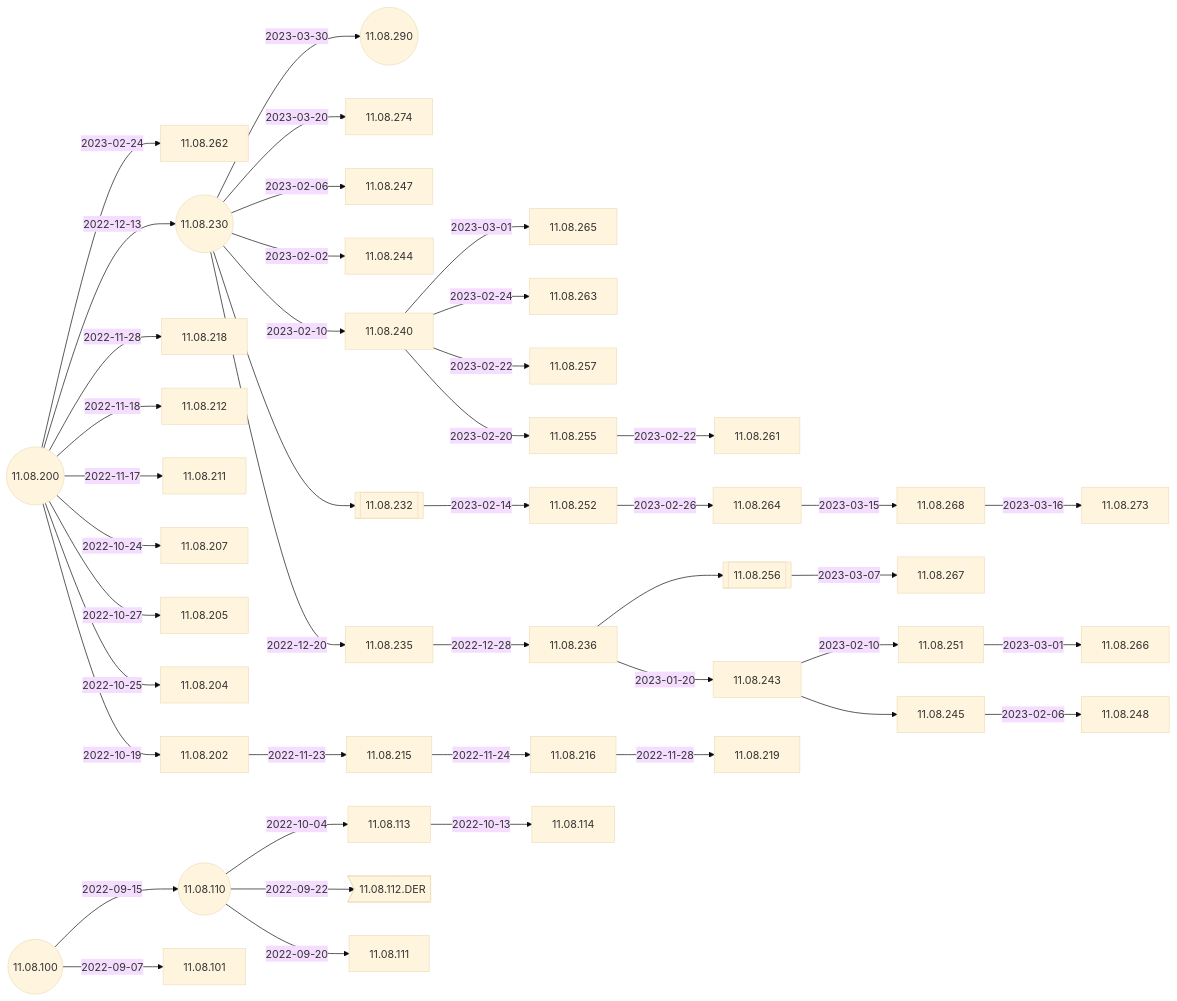
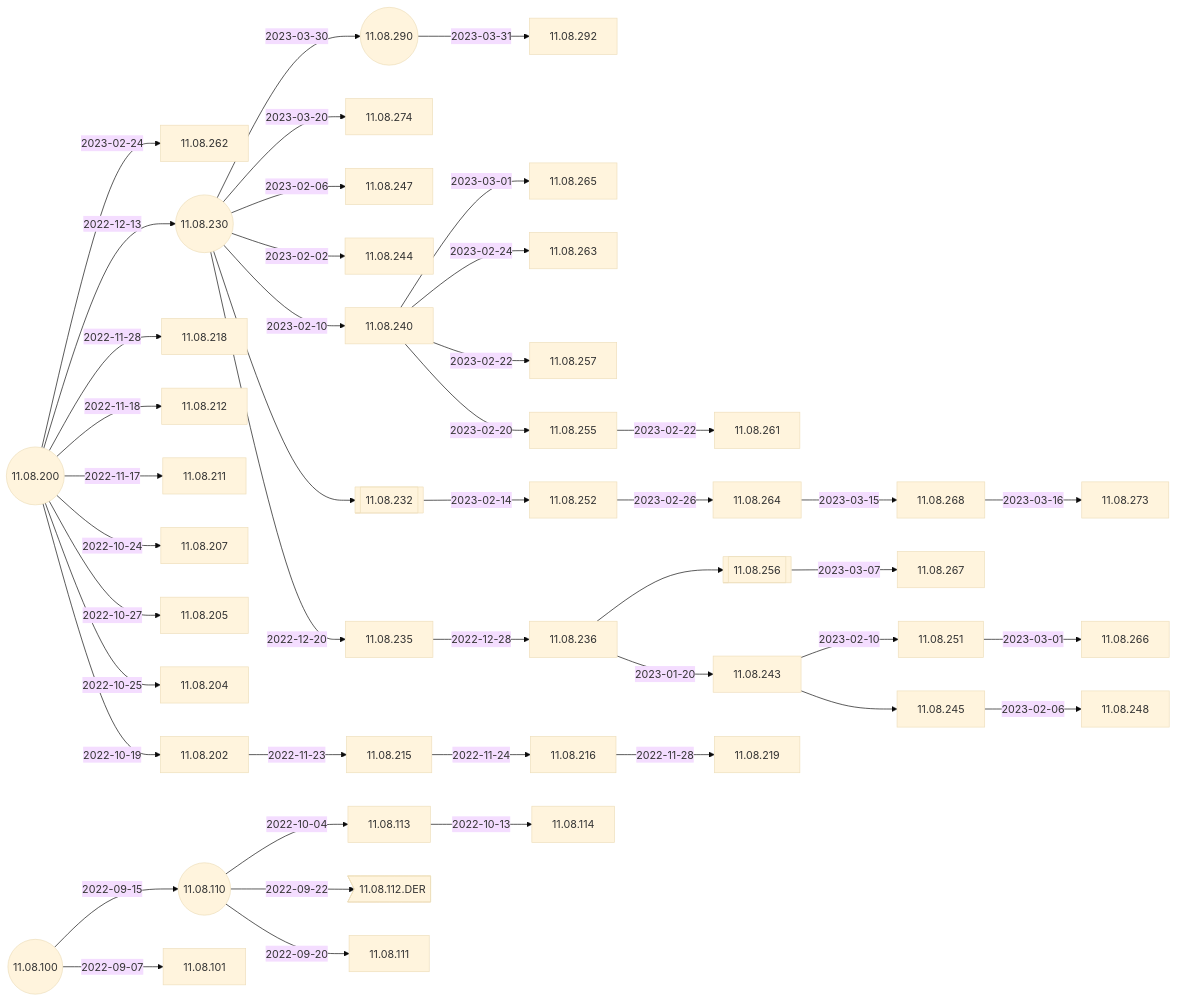
The second of 4 diagrams in docs/Docs/ReleaseNotes/01-OS11/README.md (IGEL-Community/IGEL-Docs-v02), drawn with Mermaid (base theme) before and after one commit. The commit also changed 2 other files, not shown here.

Commit message:
11.08.292 <- 11.08.290

````diff
--- a/docs/Docs/ReleaseNotes/01-OS11/README.md
+++ b/docs/Docs/ReleaseNotes/01-OS11/README.md
@@ -39,63 +39,65 @@
 ```mermaid
 flowchart LR
+    11.08.290-- 2023-03-31 -->11.08.292
     11.08.230-- 2023-03-30 -->11.08.290((11.08.290))
     11.08.230-- 2023-03-20 -->11.08.274
     11.08.236-->11.08.256[[11.08.256]]-- 2023-03-07 -->11.08.267
     11.08.240-- 2023-03-01 -->11.08.265 
     11.08.252-- 2023-02-26 -->11.08.264-- 2023-03-15 -->11.08.268-- 2023-03-16 -->11.08.273
     11.08.200-- 2023-02-24 -->11.08.262
     11.08.243-- 2023-02-10 -->11.08.251-- 2023-03-01 -->11.08.266
     11.08.230-- 2023-02-06 -->11.08.247
     11.08.230-- 2023-02-02 -->11.08.244
     11.08.240-- 2023-02-24 -->11.08.263
     11.08.240-- 2023-02-22 -->11.08.257
     11.08.240-- 2023-02-20 -->11.08.255-- 2023-02-22 -->11.08.261
     11.08.230-- 2023-02-10 -->11.08.240
     11.08.230((11.08.230))-->11.08.232[[11.08.232]]-- 2023-02-14 -->11.08.252
     11.08.200-- 2022-12-13 -->11.08.230-- 2022-12-20 -->11.08.235-- 2022-12-28 -->11.08.236-- 2023-01-20 -->11.08.243-->11.08.245-- 2023-02-06 -->11.08.248
     11.08.200-- 2022-11-28 -->11.08.218
     11.08.200-- 2022-11-18 -->11.08.212
     11.08.200-- 2022-11-17 -->11.08.211
     11.08.200-- 2022-10-24 -->11.08.207
     11.08.200-- 2022-10-27 -->11.08.205
     11.08.200-- 2022-10-25 -->11.08.204
     11.08.200((11.08.200))-- 2022-10-19 -->11.08.202-- 2022-11-23 -->11.08.215-- 2022-11-24 -->11.08.216-- 2022-11-28 -->11.08.219
     11.08.110-- 2022-10-04 -->11.08.113-- 2022-10-13 -->11.08.114
     11.08.110((11.08.110))-- 2022-09-22 -->11.08.112.DER>11.08.112.DER]
     11.08.100-- 2022-09-15 -->11.08.110-- 2022-09-20 -->11.08.111
     11.08.100((11.08.100))-- 2022-09-07 -->11.08.101
+    click 11.08.292 "https://github.com/IGEL-Community/IGEL-Docs-v02/tree/main/docs/Docs/ReleaseNotes/01-OS11/readme11.08.292.txt" _blank
     click 11.08.290 "https://github.com/IGEL-Community/IGEL-Docs-v02/tree/main/docs/Docs/ReleaseNotes/01-OS11/readme11.08.290.txt" _blank
     click 11.08.274 "https://github.com/IGEL-Community/IGEL-Docs-v02/tree/main/docs/Docs/ReleaseNotes/01-OS11/readme11.08.274.txt" _blank
     click 11.08.273 "https://github.com/IGEL-Community/IGEL-Docs-v02/tree/main/docs/Docs/ReleaseNotes/01-OS11/readme11.08.273.txt" _blank
     click 11.08.268 "https://github.com/IGEL-Community/IGEL-Docs-v02/tree/main/docs/Docs/ReleaseNotes/01-OS11/readme11.08.268.txt" _blank
     click 11.08.267 "https://github.com/IGEL-Community/IGEL-Docs-v02/tree/main/docs/Docs/ReleaseNotes/01-OS11/readme11.08.267.txt" _blank
     click 11.08.266 "https://github.com/IGEL-Community/IGEL-Docs-v02/tree/main/docs/Docs/ReleaseNotes/01-OS11/readme11.08.266.txt" _blank
     click 11.08.265 "https://github.com/IGEL-Community/IGEL-Docs-v02/tree/main/docs/Docs/ReleaseNotes/01-OS11/readme11.08.265.txt" _blank
     click 11.08.264 "https://github.com/IGEL-Community/IGEL-Docs-v02/tree/main/docs/Docs/ReleaseNotes/01-OS11/readme11.08.264.txt" _blank
     click 11.08.263 "https://github.com/IGEL-Community/IGEL-Docs-v02/tree/main/docs/Docs/ReleaseNotes/01-OS11/readme11.08.263.txt" _blank
     click 11.08.262 "https://github.com/IGEL-Community/IGEL-Docs-v02/tree/main/docs/Docs/ReleaseNotes/01-OS11/readme11.08.262.txt" _blank
     click 11.08.261 "https://github.com/IGEL-Community/IGEL-Docs-v02/tree/main/docs/Docs/ReleaseNotes/01-OS11/readme11.08.261.txt" _blank
     click 11.08.257 "https://github.com/IGEL-Community/IGEL-Docs-v02/tree/main/docs/Docs/ReleaseNotes/01-OS11/readme11.08.257.txt" _blank
     click 11.08.255 "https://github.com/IGEL-Community/IGEL-Docs-v02/tree/main/docs/Docs/ReleaseNotes/01-OS11/readme11.08.255.txt" _blank
     click 11.08.252 "https://github.com/IGEL-Community/IGEL-Docs-v02/tree/main/docs/Docs/ReleaseNotes/01-OS11/readme11.08.252.txt" _blank
     click 11.08.251 "https://github.com/IGEL-Community/IGEL-Docs-v02/tree/main/docs/Docs/ReleaseNotes/01-OS11/readme11.08.251.txt" _blank
     click 11.08.248 "https://github.com/IGEL-Community/IGEL-Docs-v02/tree/main/docs/Docs/ReleaseNotes/01-OS11/readme11.08.248.txt" _blank
     click 11.08.247 "https://github.com/IGEL-Community/IGEL-Docs-v02/tree/main/docs/Docs/ReleaseNotes/01-OS11/readme11.08.247.txt" _blank
     click 11.08.244 "https://github.com/IGEL-Community/IGEL-Docs-v02/tree/main/docs/Docs/ReleaseNotes/01-OS11/readme11.08.244.txt" _blank
     click 11.08.243 "https://github.com/IGEL-Community/IGEL-Docs-v02/tree/main/docs/Docs/ReleaseNotes/01-OS11/readme11.08.243.txt" _blank
     click 11.08.240 "https://github.com/IGEL-Community/IGEL-Docs-v02/tree/main/docs/Docs/ReleaseNotes/01-OS11/readme11.08.240.txt" _blank
     click 11.08.236 "https://github.com/IGEL-Community/IGEL-Docs-v02/tree/main/docs/Docs/ReleaseNotes/01-OS11/readme11.08.236.txt" _blank
     click 11.08.235 "https://github.com/IGEL-Community/IGEL-Docs-v02/tree/main/docs/Docs/ReleaseNotes/01-OS11/readme11.08.235.txt" _blank
     click 11.08.230 "https://github.com/IGEL-Community/IGEL-Docs-v02/tree/main/docs/Docs/ReleaseNotes/01-OS11/readme11.08.230.txt" _blank
     click 11.08.219 "https://github.com/IGEL-Community/IGEL-Docs-v02/tree/main/docs/Docs/ReleaseNotes/01-OS11/readme11.08.219.txt" _blank
     click 11.08.218 "https://github.com/IGEL-Community/IGEL-Docs-v02/tree/main/docs/Docs/ReleaseNotes/01-OS11/readme11.08.218.txt" _blank
     click 11.08.216 "https://github.com/IGEL-Community/IGEL-Docs-v02/tree/main/docs/Docs/ReleaseNotes/01-OS11/readme11.08.216.txt" _blank
     click 11.08.215 "https://github.com/IGEL-Community/IGEL-Docs-v02/tree/main/docs/Docs/ReleaseNotes/01-OS11/readme11.08.215.txt" _blank
     click 11.08.212 "https://github.com/IGEL-Community/IGEL-Docs-v02/tree/main/docs/Docs/ReleaseNotes/01-OS11/readme11.08.212.txt" _blank
     click 11.08.211 "https://github.com/IGEL-Community/IGEL-Docs-v02/tree/main/docs/Docs/ReleaseNotes/01-OS11/readme11.08.211.txt" _blank
     click 11.08.207 "https://github.com/IGEL-Community/IGEL-Docs-v02/tree/main/docs/Docs/ReleaseNotes/01-OS11/readme11.08.207.txt" _blank
     click 11.08.205 "https://github.com/IGEL-Community/IGEL-Docs-v02/tree/main/docs/Docs/ReleaseNotes/01-OS11/readme11.08.205.txt" _blank
     click 11.08.204 "https://github.com/IGEL-Community/IGEL-Docs-v02/tree/main/docs/Docs/ReleaseNotes/01-OS11/readme11.08.204.txt" _blank
     click 11.08.202 "https://github.com/IGEL-Community/IGEL-Docs-v02/tree/main/docs/Docs/ReleaseNotes/01-OS11/readme11.08.202.txt" _blank
     click 11.08.200 "https://github.com/IGEL-Community/IGEL-Docs-v02/tree/main/docs/Docs/ReleaseNotes/01-OS11/readme11.08.200.txt" _blank
 ```
````
